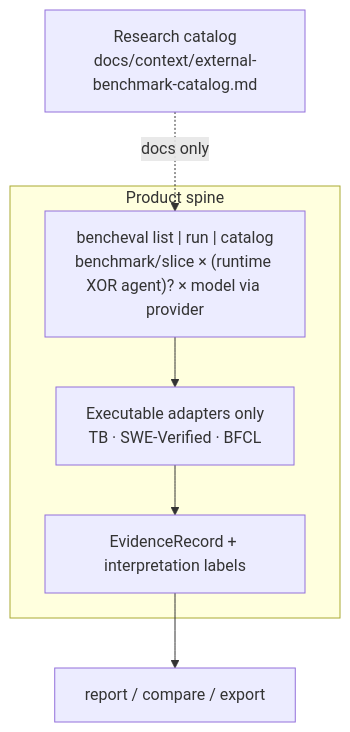
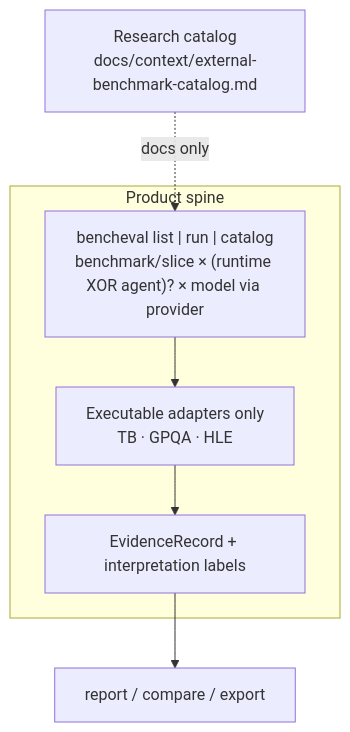
Before and after one commit to Lyther/BenchEval: the diagram in docs/diagrams/lanes-overview.md, drawn with Mermaid. The commit also changed other lines of this file and 23 other files, not shown here.

````diff
--- a/docs/diagrams/lanes-overview.md
+++ b/docs/diagrams/lanes-overview.md
@@ -5,14 +5,14 @@
 ```mermaid
 flowchart TB
     subgraph Product["Product spine"]
         P1["bencheval list | run | catalog<br/>benchmark/slice × (runtime XOR agent)? × model via provider"]
-        P2["Executable adapters only<br/>TB · SWE-Verified · BFCL"]
+        P2["Executable adapters only<br/>TB · GPQA · HLE"]
         P3["EvidenceRecord + interpretation labels"]
         P1 --> P2 --> P3
     end
 
     Catalog["Research catalog<br/>docs/context/external-benchmark-catalog.md"]
     Catalog -.->|"docs only"| P1
 
     P3 --> Reports["report / compare / export"]
 ```
````
